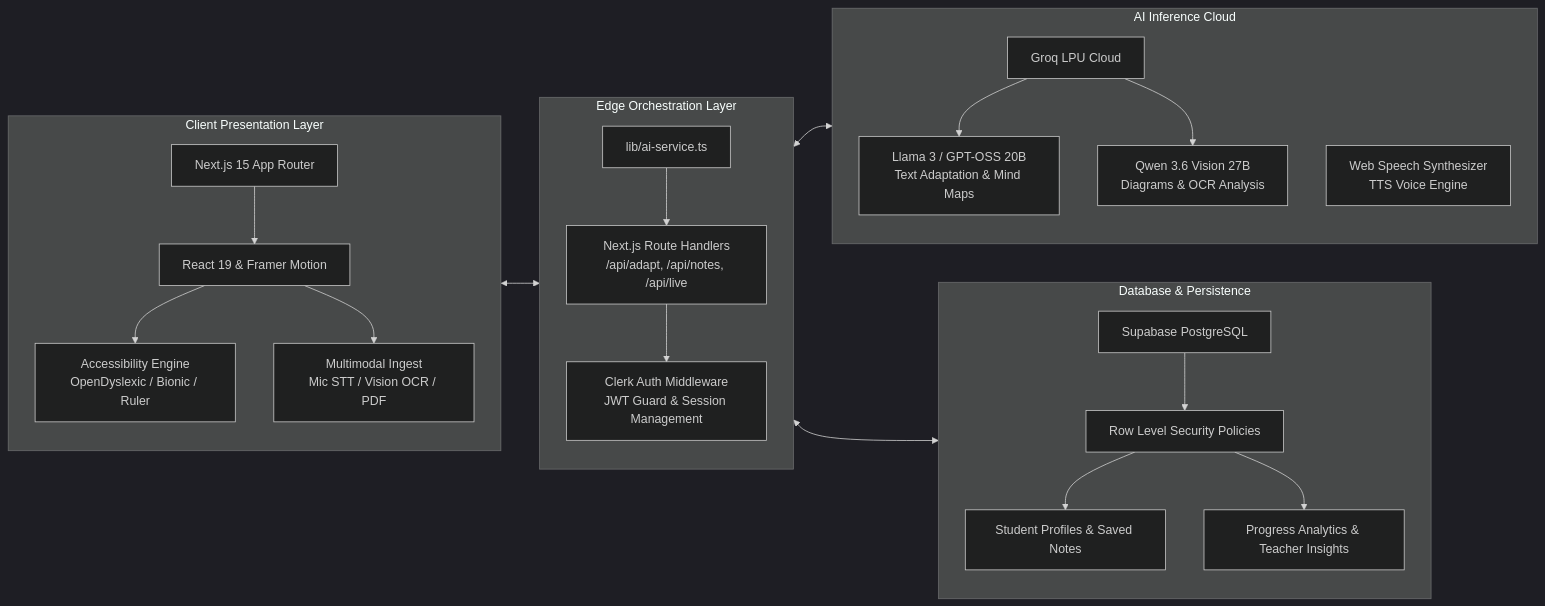
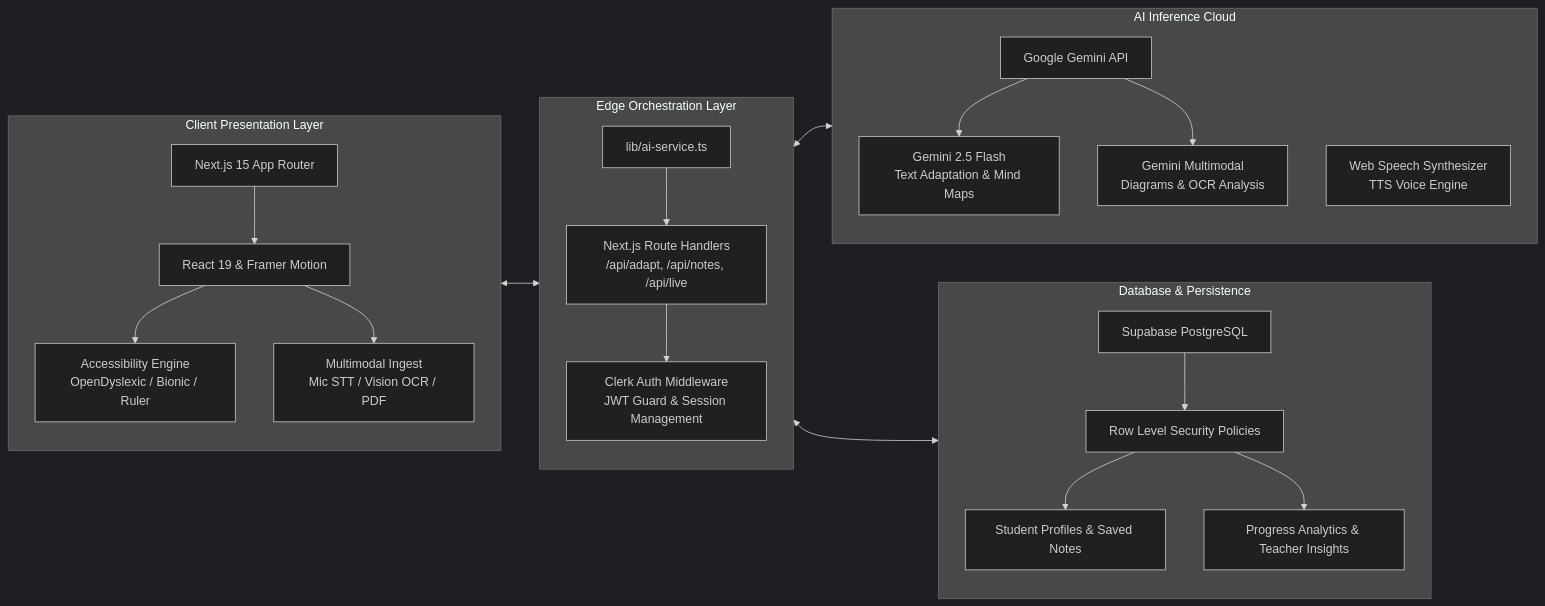
One commit to skandakn/Sustain-X- changed the diagram in README.md. Above: the diagram before and after it, drawn with Mermaid (dark theme). The commit also changed other lines of this file, not shown here.

Commit message:
refactor: unify AI integrations behind Gemini

````diff
--- a/README.md
+++ b/README.md
@@ -134,29 +134,29 @@
 ```mermaid
 flowchart LR
     subgraph Client [Client Presentation Layer]
         A[Next.js 15 App Router] --> B[React 19 & Framer Motion]
         B --> C[Accessibility Engine\nOpenDyslexic / Bionic / Ruler]
         B --> D[Multimodal Ingest\nMic STT / Vision OCR / PDF]
     end
 
     subgraph Service [Edge Orchestration Layer]
         E[lib/ai-service.ts] --> F[Next.js Route Handlers\n/api/adapt, /api/notes, /api/live]
         F --> G[Clerk Auth Middleware\nJWT Guard & Session Management]
     end
 
     subgraph AI [AI Inference Cloud]
-        H[Groq LPU Cloud] --> I[Llama 3 / GPT-OSS 20B\nText Adaptation & Mind Maps]
-        H --> J[Qwen 3.6 Vision 27B\nDiagrams & OCR Analysis]
+        H[Google Gemini API] --> I[Gemini 2.5 Flash\nText Adaptation & Mind Maps]
+        H --> J[Gemini Multimodal\nDiagrams & OCR Analysis]
         K[Web Speech Synthesizer\nTTS Voice Engine]
     end
 
     subgraph Storage [Database & Persistence]
         L[Supabase PostgreSQL] --> M[Row Level Security Policies]
         M --> N[Student Profiles & Saved Notes]
         M --> O[Progress Analytics & Teacher Insights]
     end
 
     Client <--> Service
     Service <--> AI
     Service <--> Storage
 ```
````
